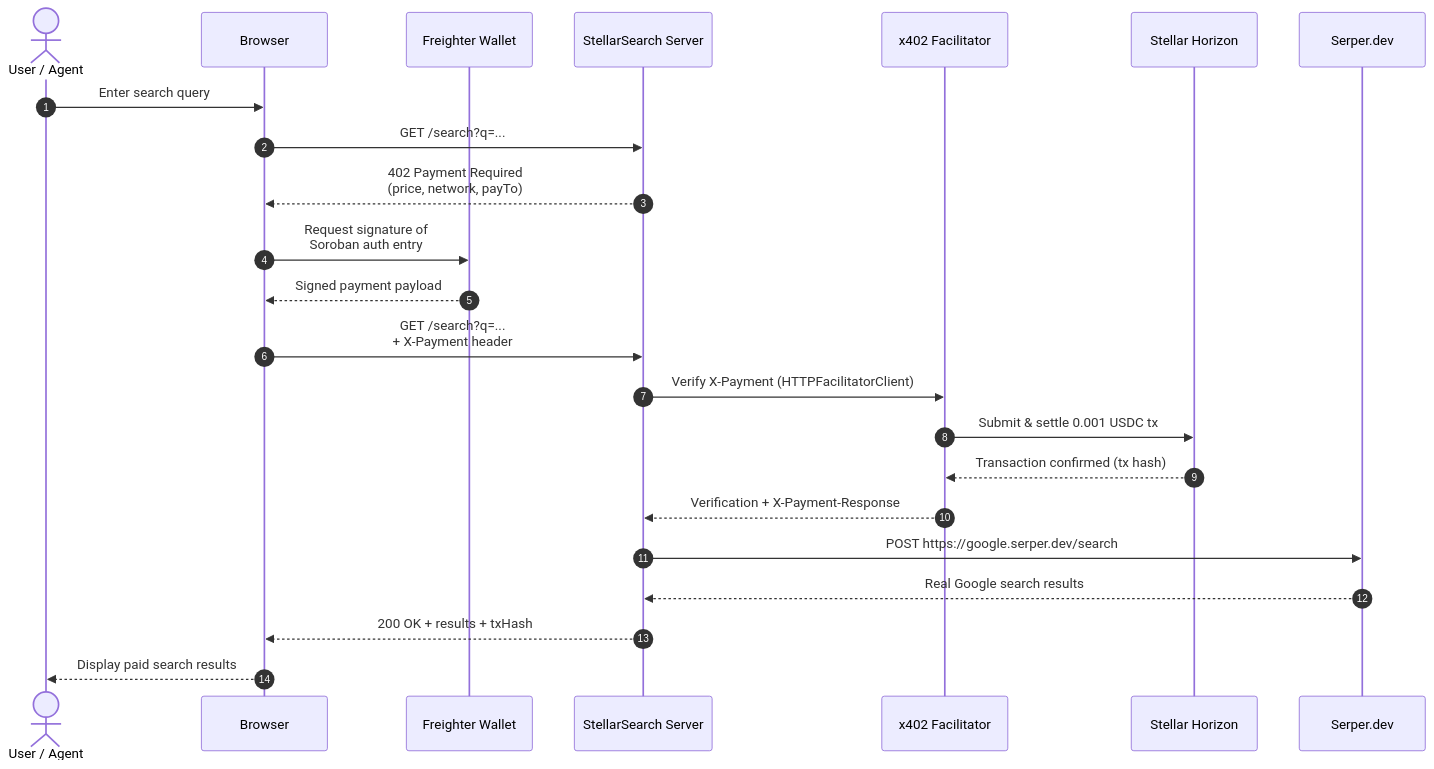
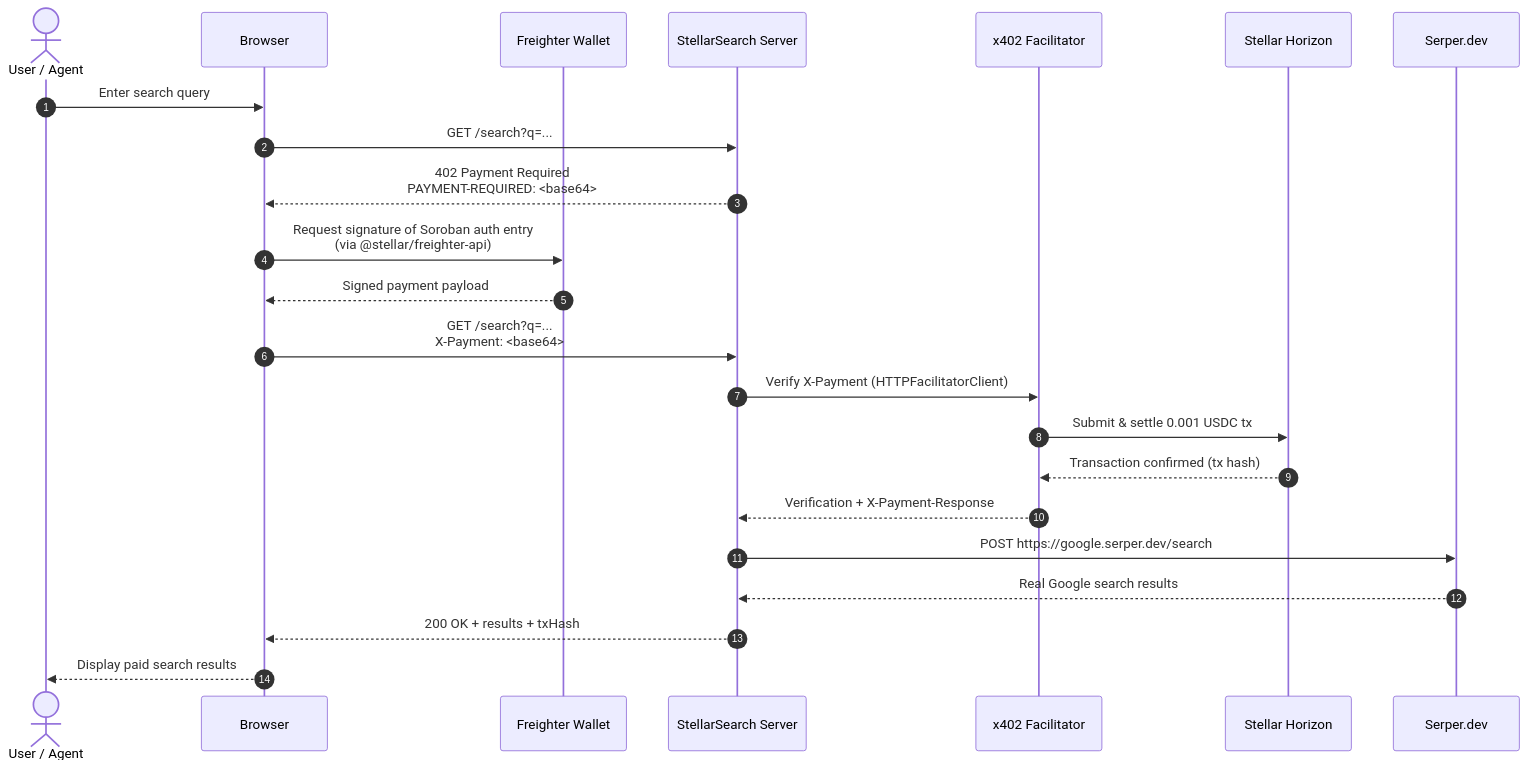
Before and after one commit to Emmy123222/Stellar-Search: the diagram in README.md, drawn with Mermaid. The commit also changed other lines of this file and 11 other files, not shown here.

````diff
--- a/README.md
+++ b/README.md
@@ -116,26 +127,26 @@
 ```mermaid
 sequenceDiagram
     autonumber
     actor User as User / Agent
     participant Browser as Browser
     participant Freighter as Freighter Wallet
     participant Server as StellarSearch Server
     participant Facilitator as x402 Facilitator
     participant Horizon as Stellar Horizon
     participant Serper as Serper.dev
 
     User->>Browser: Enter search query
     Browser->>Server: GET /search?q=...
-    Server-->>Browser: 402 Payment Required<br/>(price, network, payTo)
-    Browser->>Freighter: Request signature of<br/>Soroban auth entry
+    Server-->>Browser: 402 Payment Required<br/>PAYMENT-REQUIRED: <base64>
+    Browser->>Freighter: Request signature of Soroban auth entry<br/>(via @stellar/freighter-api)
     Freighter-->>Browser: Signed payment payload
-    Browser->>Server: GET /search?q=...<br/>+ X-Payment header
+    Browser->>Server: GET /search?q=...<br/>X-Payment: <base64>
     Server->>Facilitator: Verify X-Payment (HTTPFacilitatorClient)
     Facilitator->>Horizon: Submit & settle 0.001 USDC tx
     Horizon-->>Facilitator: Transaction confirmed (tx hash)
     Facilitator-->>Server: Verification + X-Payment-Response
     Server->>Serper: POST https://google.serper.dev/search
     Serper-->>Server: Real Google search results
     Server-->>Browser: 200 OK + results + txHash
     Browser-->>User: Display paid search results
 ```
````
